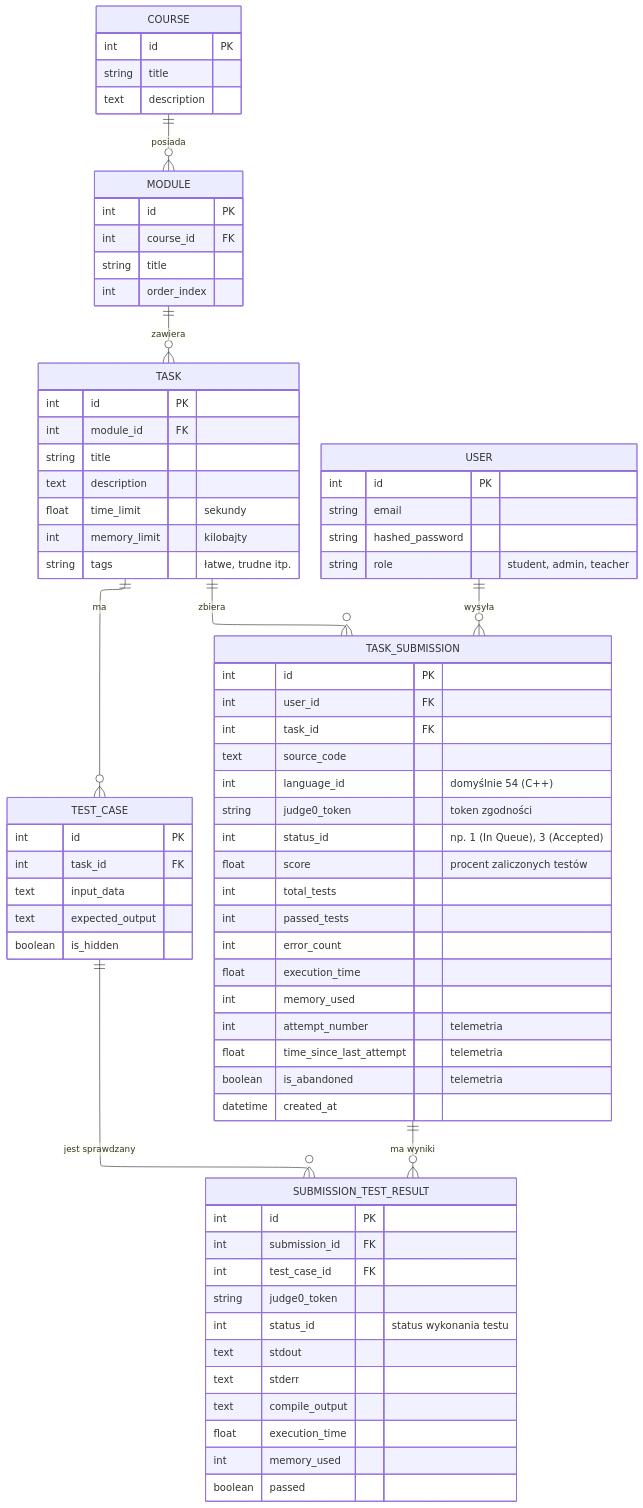
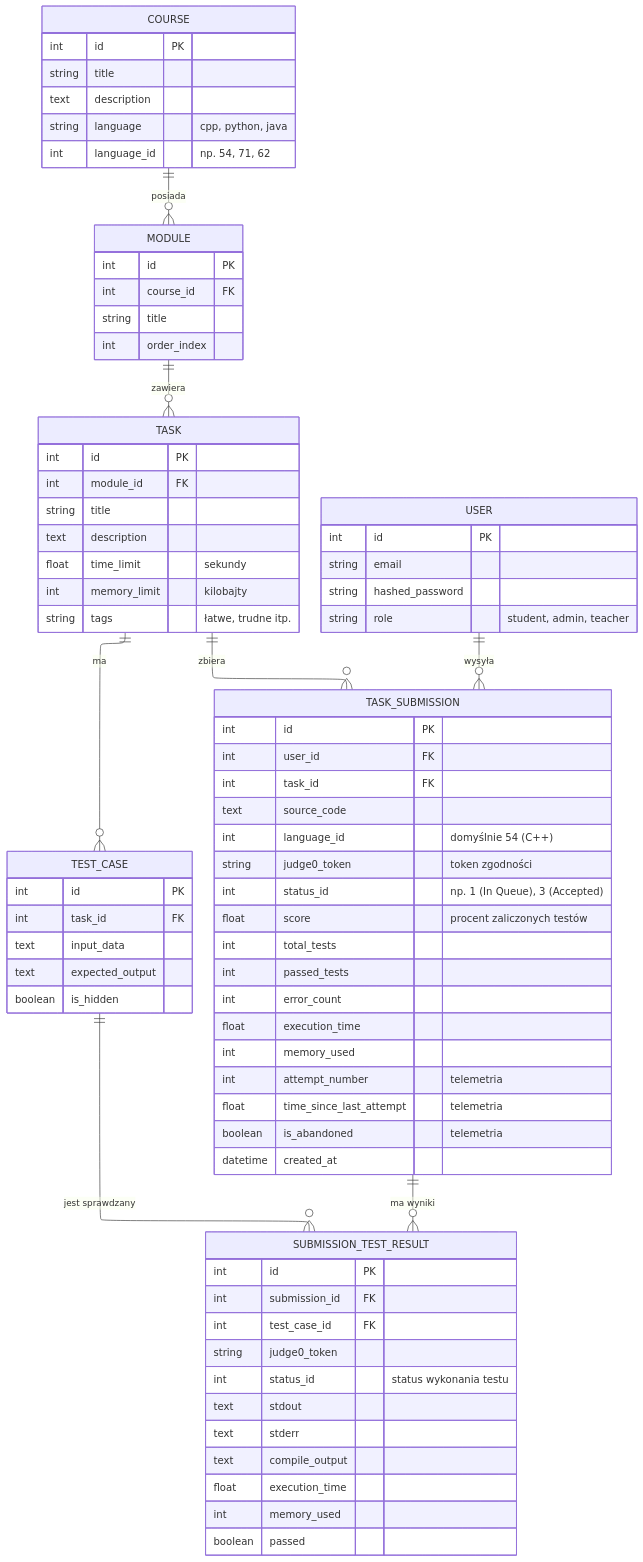
The diagram in readme.md (Kruciii/Mecha2Code), drawn with Mermaid before and after one commit. The commit also changed 10 other files, not shown here.

```diff
--- a/readme.md
+++ b/readme.md
@@ -20,6 +20,8 @@
         int id PK
         string title
         text description
+        string language "cpp, python, java"
+        int language_id "np. 54, 71, 62"
     }
 
     MODULE {
```
